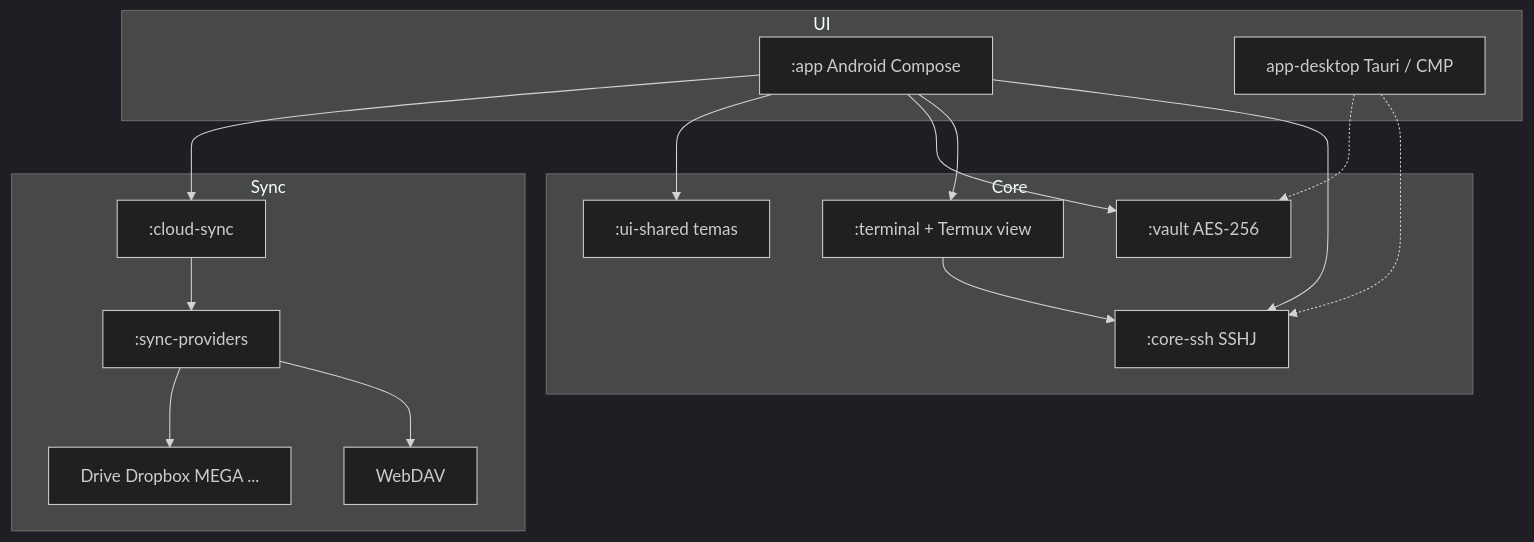
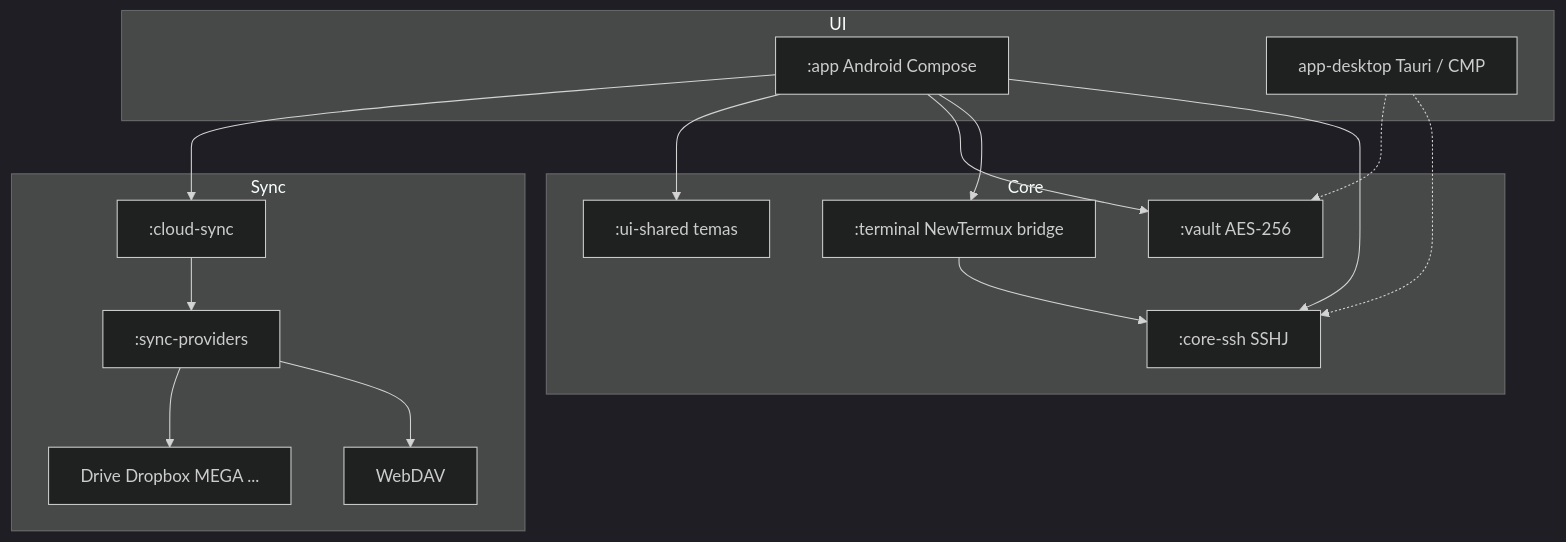
The diagram in README.md (pilahito/AdministradorArchivos), drawn with Mermaid (dark theme) before and after one commit. The commit also changed other lines of this file and 24 other files, not shown here.

````diff
--- a/README.md
+++ b/README.md
@@ -37,30 +33,30 @@
 ```mermaid
 flowchart TB
   subgraph UI
     APP[:app Android Compose]
     DESK[app-desktop Tauri / CMP]
   end
   subgraph Core
     SSH[:core-ssh SSHJ]
-    TERM[:terminal + Termux view]
+    TERM[:terminal NewTermux bridge]
     VAULT[:vault AES-256]
     UI_SH[:ui-shared temas]
   end
   subgraph Sync
     ORCH[:cloud-sync]
     PROV[:sync-providers]
     WD[WebDAV]
     ST[Drive Dropbox MEGA ...]
   end
   APP --> SSH
   APP --> TERM
   APP --> VAULT
   APP --> UI_SH
   APP --> ORCH
   DESK -.-> SSH
   DESK -.-> VAULT
   ORCH --> PROV
   PROV --> WD
   PROV --> ST
   TERM --> SSH
 ```
````
